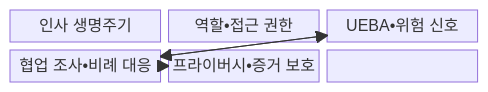
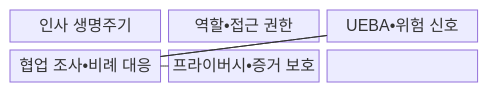
Before and after one commit to agnusdei1207/knowledge-base: the first of 2 diagrams in src/content/docs/notes/05-security/113_insider_threat_management.md, drawn with Mermaid. The commit also changed other lines of this file and 493 other files, not shown here.

````diff
--- a/src/content/docs/notes/05-security/113_insider_threat_management.md
+++ b/src/content/docs/notes/05-security/113_insider_threat_management.md
@@ -66,13 +66,13 @@
 ```mermaid
-block
+block-beta
   columns 3
   H["인사 생명주기"]
   R["역할•접근 권한"]
   B["UEBA•위험 신호"]
   I["협업 조사•비례 대응"]
   P["프라이버시•증거 보호"]
-  H --> R --> B
-  B --> I
-  P --> I
-  I --> B
+  H --- R --- B
+  B --- I
+  P --- I
+  I --- B
 ```
````
